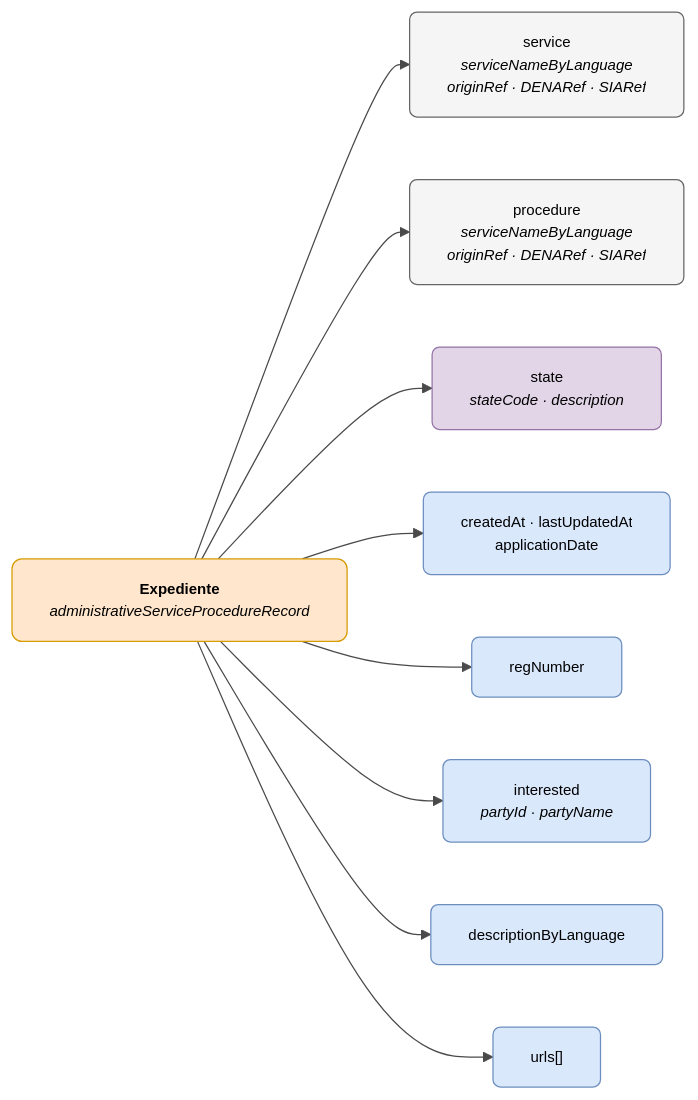
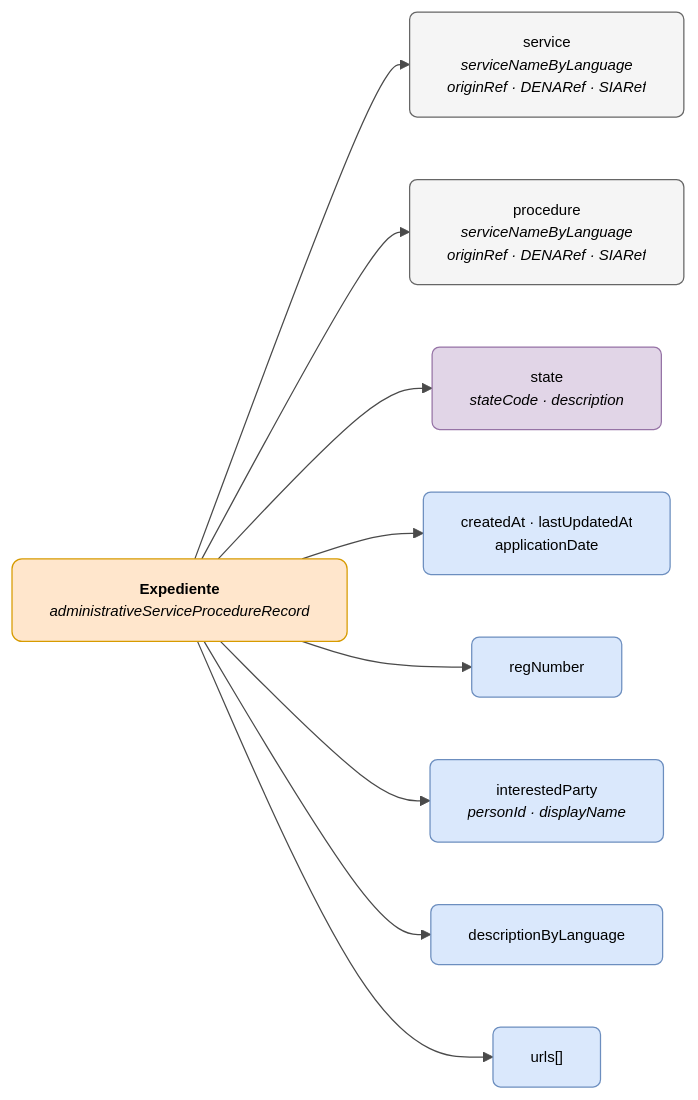
Before and after one commit to DENA-Euskadi/dena-common-docs: the diagram in docs/semantica/data-retrieve/data/expediente.md, drawn with Mermaid. The commit also changed other lines of this file and 20 other files, not shown here.

````diff
--- a/docs/semantica/data-retrieve/data/expediente.md
+++ b/docs/semantica/data-retrieve/data/expediente.md
@@ -14,36 +14,36 @@
 ```mermaid
 ---
 config:
   theme: base
   themeVariables:
     primaryColor: "#FFFFFF"
     primaryTextColor: "#000000"
     primaryBorderColor: "#CCCCCC"
     lineColor: "#4A4A4A"
     fontSize: "12px"
 ---
 flowchart LR
     EXP["<b>Expediente</b><br/><i>administrativeServiceProcedureRecord</i>"]
 
     EXP --> SRV["service<br/><i>serviceNameByLanguage<br/>originRef · DENARef · SIARef</i>"]
     EXP --> PROC["procedure<br/><i>serviceNameByLanguage<br/>originRef · DENARef · SIARef</i>"]
     EXP --> STATE["state<br/><i>stateCode · description</i>"]
     EXP --> DATES["createdAt · lastUpdatedAt<br/>applicationDate"]
     EXP --> REGNUMBER["regNumber"]
-    EXP --> INTERESTED["interested<br/><i>partyId · partyName</i>"]
+    EXP --> INTERESTED["interestedParty<br/><i>personId · displayName</i>"]
     EXP --> DESC["descriptionByLanguage"]
     EXP --> URLS["urls[]"]
 
     style EXP fill:#ffe6cc,stroke:#d79b00,color:#000000,rx:8,ry:8
     style SRV fill:#f5f5f5,stroke:#666666,color:#000000,rx:6,ry:6
     style PROC fill:#f5f5f5,stroke:#666666,color:#000000,rx:6,ry:6
     style STATE fill:#e1d5e7,stroke:#9673a6,color:#000000,rx:6,ry:6
     style DATES fill:#dae8fc,stroke:#6c8ebf,color:#000000,rx:6,ry:6
     style REGNUMBER fill:#dae8fc,stroke:#6c8ebf,color:#000000,rx:6,ry:6
     style INTERESTED fill:#dae8fc,stroke:#6c8ebf,color:#000000,rx:6,ry:6
     style DESC fill:#dae8fc,stroke:#6c8ebf,color:#000000,rx:6,ry:6
     style URLS fill:#dae8fc,stroke:#6c8ebf,color:#000000,rx:6,ry:6
 
     click SRV "../servicio-administrativo/" "Ver Servicio Administrativo"
     click PROC "../servicio-administrativo/" "Ver Procedimiento"
 ```
````
